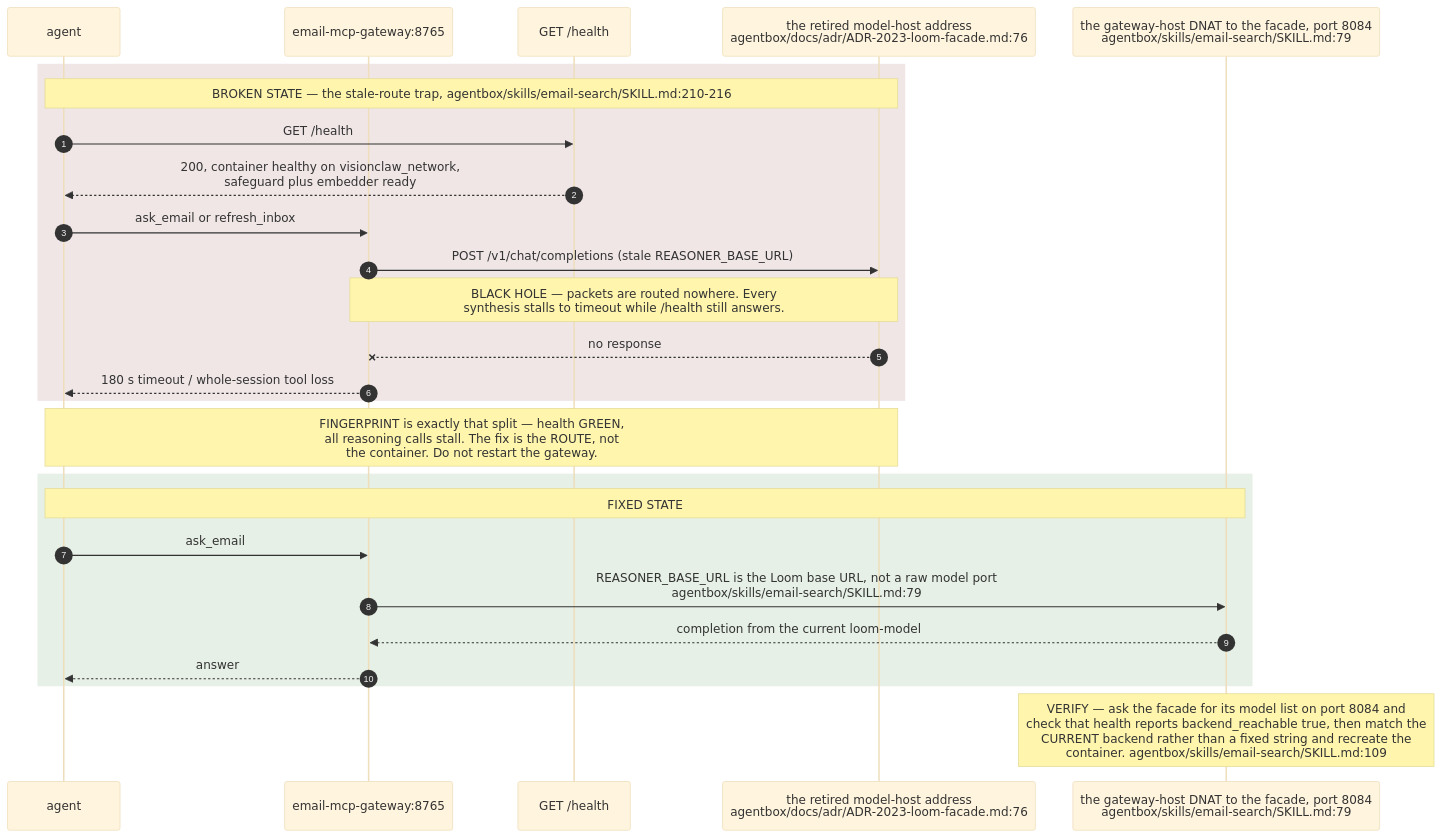
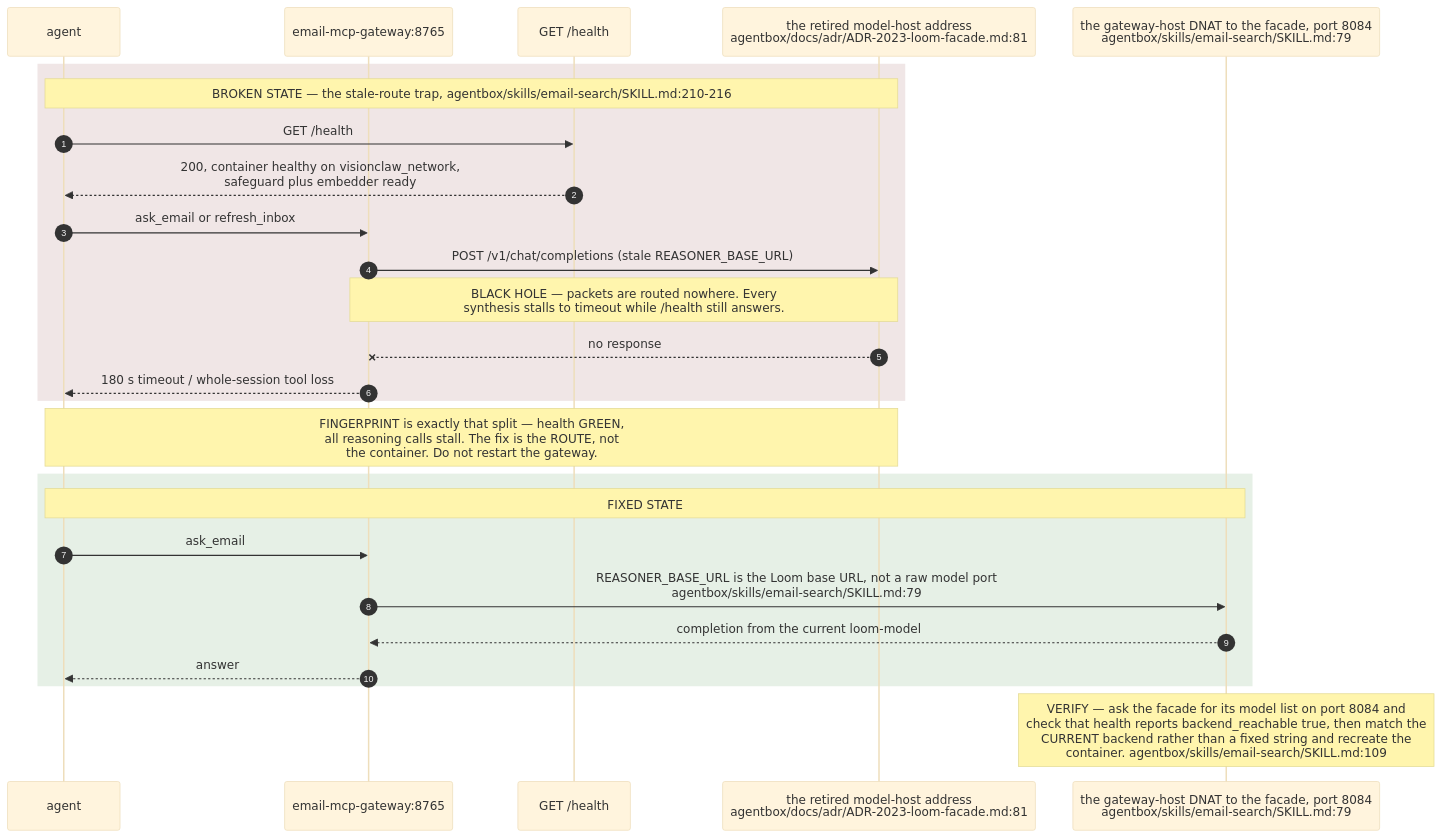
One commit to DreamLab-AI/VisionFlow changed the seventh of 11 diagrams in docs/diagrams/estate/06-loom-and-email-privacy-path.md. Above: the diagram before and after it, drawn with Mermaid (base theme). The commit also changed other lines of this file and 12 other files, not shown here.

````diff
--- a/docs/diagrams/estate/06-loom-and-email-privacy-path.md
+++ b/docs/diagrams/estate/06-loom-and-email-privacy-path.md
@@ -244,29 +244,29 @@
 ```mermaid
 sequenceDiagram
     autonumber
     participant A as agent
     participant G as email-mcp-gateway:8765
     participant H as GET /health
-    participant DEAD as the retired model-host address<br/>agentbox/docs/adr/ADR-2023-loom-facade.md:76
+    participant DEAD as the retired model-host address<br/>agentbox/docs/adr/ADR-2023-loom-facade.md:81
     participant GOOD as the gateway-host DNAT to the facade, port 8084<br/>agentbox/skills/email-search/SKILL.md:79
 
     rect rgb(240,230,230)
     Note over A,DEAD: BROKEN STATE — the stale-route trap, agentbox/skills/email-search/SKILL.md:210-216
     A->>H: GET /health
     H-->>A: 200, container healthy on visionclaw_network,<br/>safeguard plus embedder ready
     A->>G: ask_email or refresh_inbox
     G->>DEAD: POST /v1/chat/completions (stale REASONER_BASE_URL)
     Note over G,DEAD: BLACK HOLE — packets are routed nowhere. Every<br/>synthesis stalls to timeout while /health still answers.
     DEAD--xG: no response
     G-->>A: 180 s timeout / whole-session tool loss
     end
     Note over A,DEAD: FINGERPRINT is exactly that split — health GREEN,<br/>all reasoning calls stall. The fix is the ROUTE, not<br/>the container. Do not restart the gateway.
     rect rgb(230,240,230)
     Note over A,GOOD: FIXED STATE
     A->>G: ask_email
     G->>GOOD: REASONER_BASE_URL is the Loom base URL, not a raw model port<br/>agentbox/skills/email-search/SKILL.md:79
     GOOD-->>G: completion from the current loom-model
     G-->>A: answer
     end
     Note over GOOD: VERIFY — ask the facade for its model list on port 8084 and<br/>check that health reports backend_reachable true, then match the<br/>CURRENT backend rather than a fixed string and recreate the<br/>container. agentbox/skills/email-search/SKILL.md:109
 ```
````
